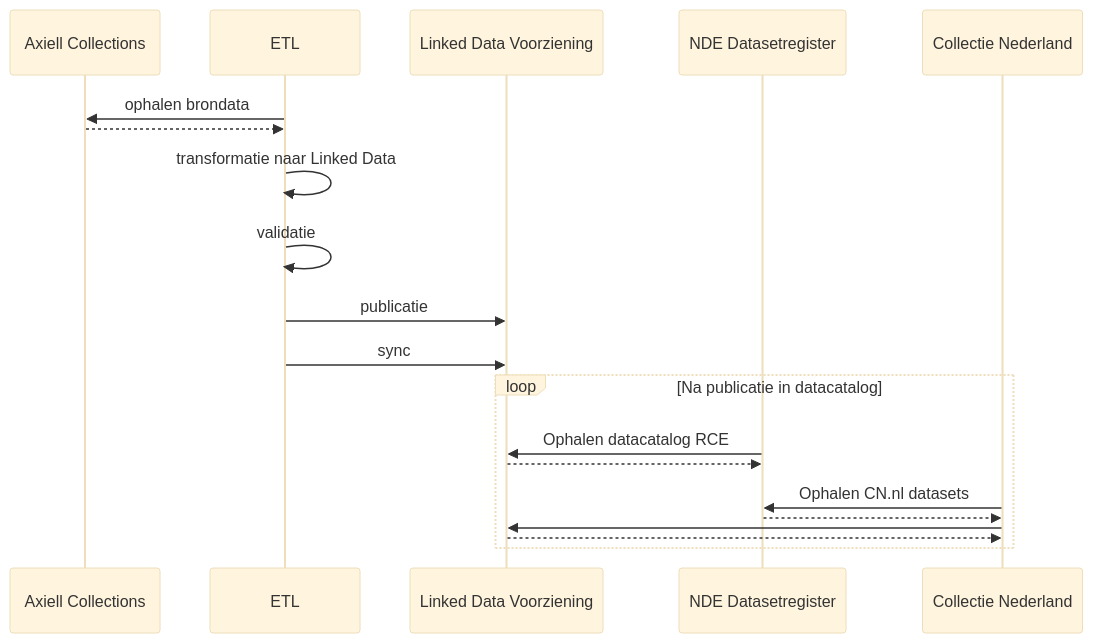
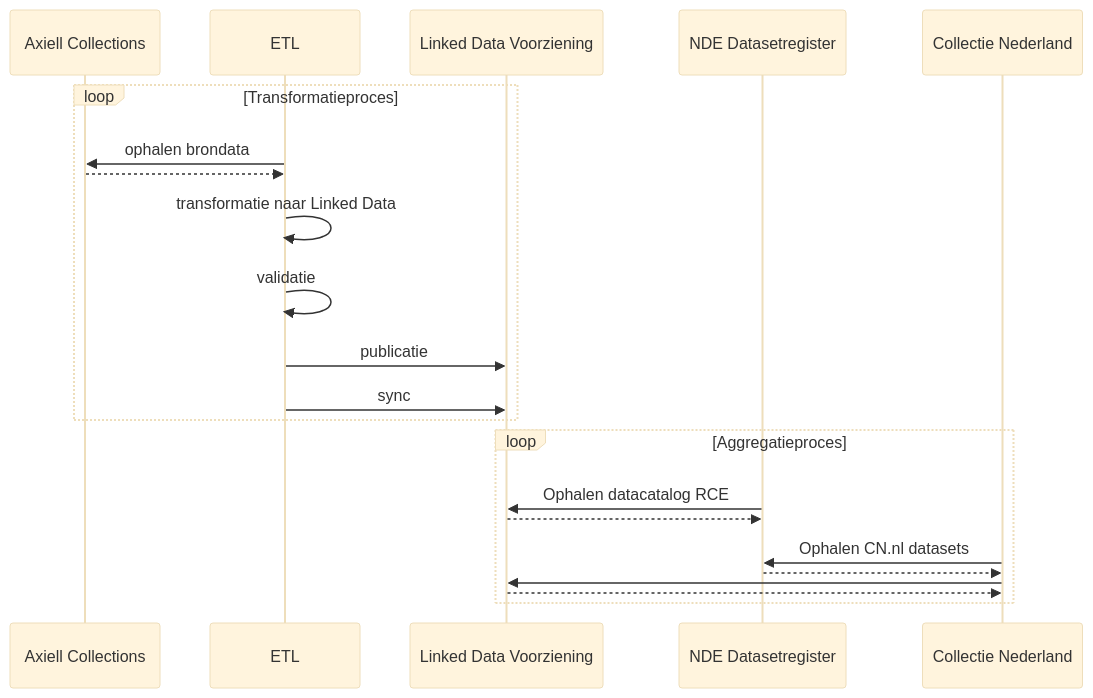
The first of 2 diagrams in README.md (cultureelerfgoed/kunstcollecties-etl), drawn with Mermaid (base theme) before and after one commit.

Commit message:
chg freq diagram

````diff
--- a/README.md
+++ b/README.md
@@ -22,23 +22,25 @@
 ```mermaid
 sequenceDiagram;
     participant Axiell Collections 
     participant ETL
     participant Linked Data Voorziening
     participant NDE Datasetregister
     participant Collectie Nederland
-
-    ETL->>Axiell Collections:ophalen brondata
-    Axiell Collections-->>ETL:
-    ETL->>ETL:transformatie naar Linked Data
-    ETL->>ETL:validatie 
-    ETL->>Linked Data Voorziening:publicatie
-    ETL->>Linked Data Voorziening:sync
-    loop Na publicatie in datacatalog
+    
+    loop Transformatieproces
+        ETL->>Axiell Collections:ophalen brondata
+        Axiell Collections-->>ETL:
+        ETL->>ETL:transformatie naar Linked Data
+        ETL->>ETL:validatie 
+        ETL->>Linked Data Voorziening:publicatie
+        ETL->>Linked Data Voorziening:sync
+    end
+    loop Aggregatieproces
         NDE Datasetregister->>Linked Data Voorziening: Ophalen datacatalog RCE
         Linked Data Voorziening-->>NDE Datasetregister:
         Collectie Nederland->>NDE Datasetregister: Ophalen CN.nl datasets 
         NDE Datasetregister-->>Collectie Nederland: 
         Collectie Nederland->>Linked Data Voorziening:
         Linked Data Voorziening-->>Collectie Nederland:
     end
 ```
````
